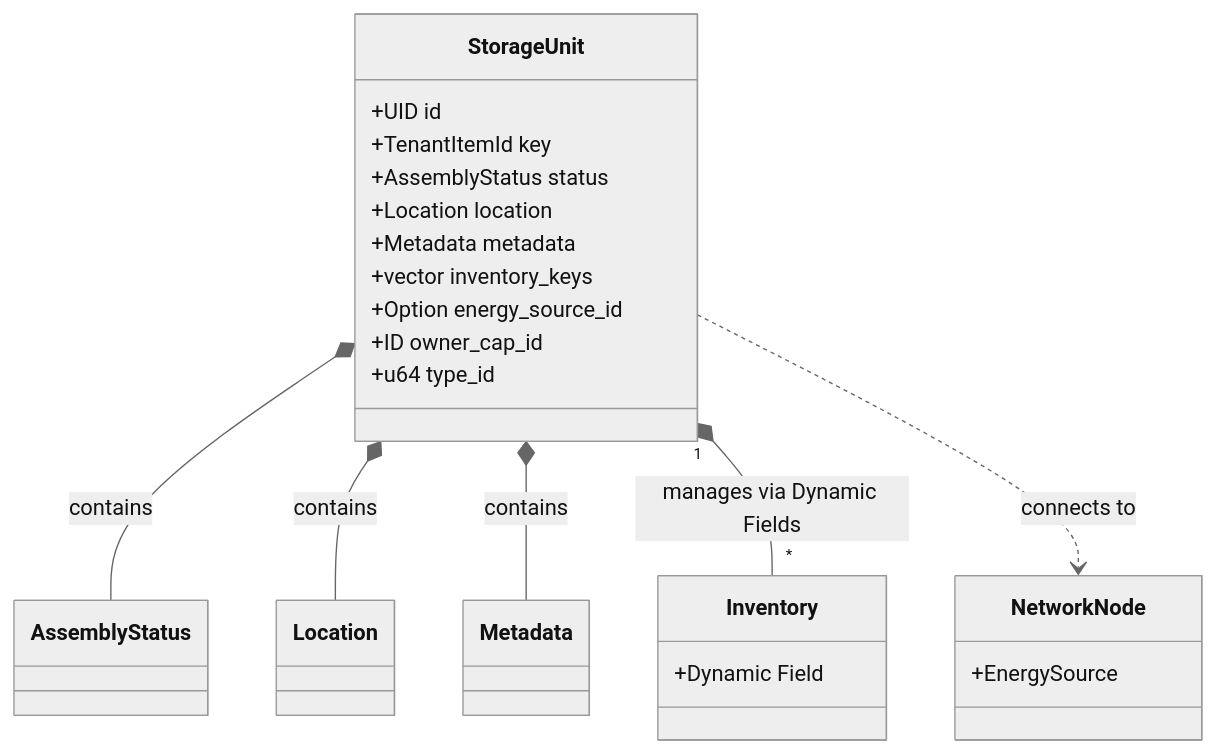
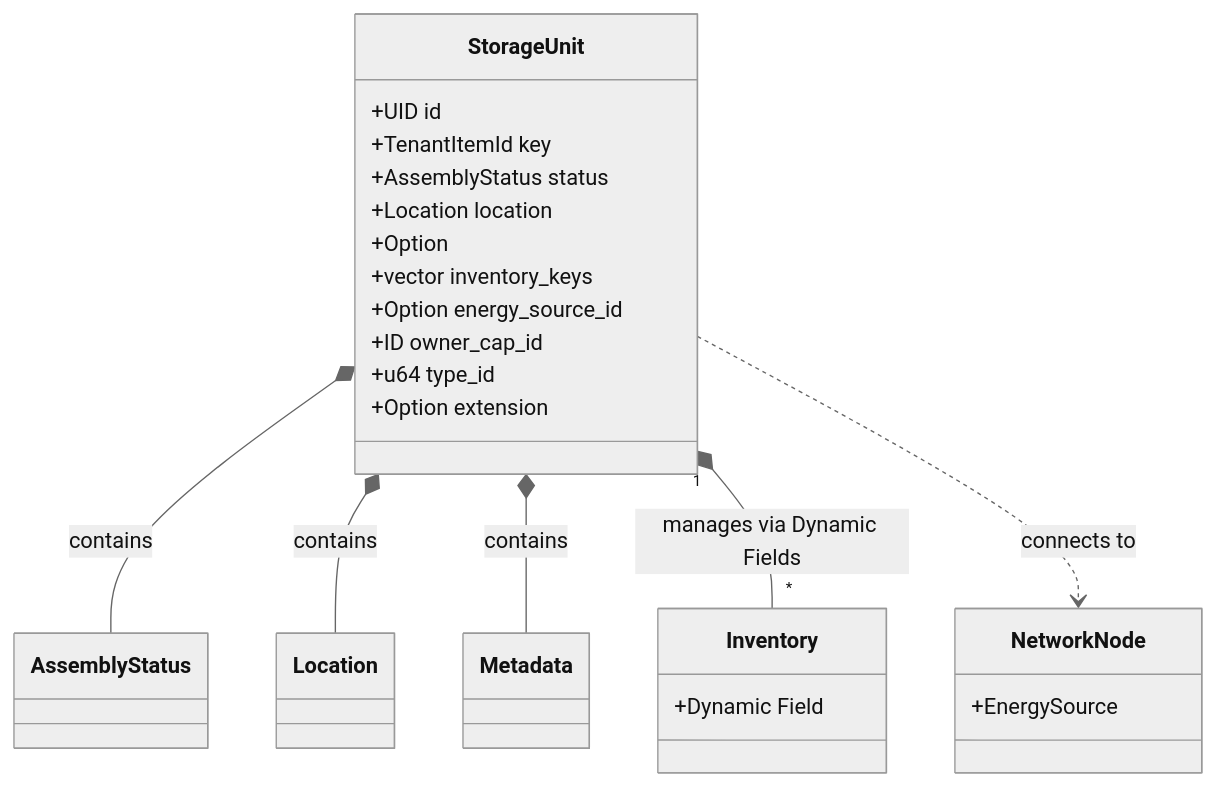
Before and after one commit to Scetrov/frontier.scetrov.live: the first of 3 diagrams in content/develop/world-contracts/assemblies/storage_unit.move.md, drawn with Mermaid (neutral theme). The commit also changed other lines of this file and 8 other files, not shown here.

````diff
--- a/content/develop/world-contracts/assemblies/storage_unit.move.md
+++ b/content/develop/world-contracts/assemblies/storage_unit.move.md
@@ -27,26 +27,27 @@
 ```mermaid
 classDiagram
     class StorageUnit {
         +UID id
         +TenantItemId key
         +AssemblyStatus status
         +Location location
-        +Metadata metadata
+        +Option<Metadata> metadata
         +vector<ID> inventory_keys
         +Option<ID> energy_source_id
         +ID owner_cap_id
         +u64 type_id
+        +Option<TypeName> extension
     }
     class Inventory {
         +Dynamic Field
     }
     class NetworkNode {
         +EnergySource
     }
 
     StorageUnit *-- AssemblyStatus : contains
     StorageUnit *-- Location : contains
     StorageUnit *-- Metadata : contains
     StorageUnit "1" *-- "*" Inventory : manages via Dynamic Fields
     StorageUnit ..> NetworkNode : connects to
 ```
````
